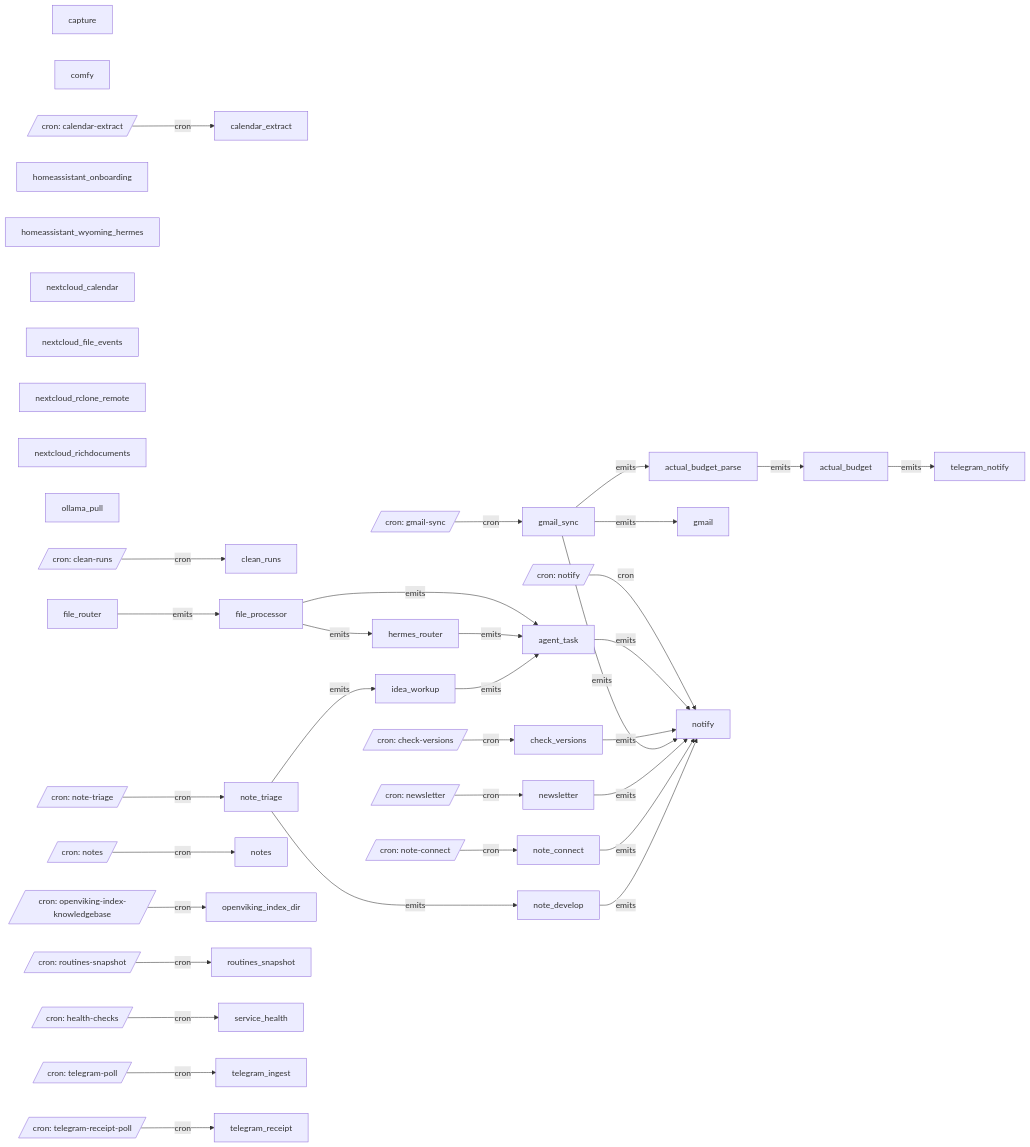
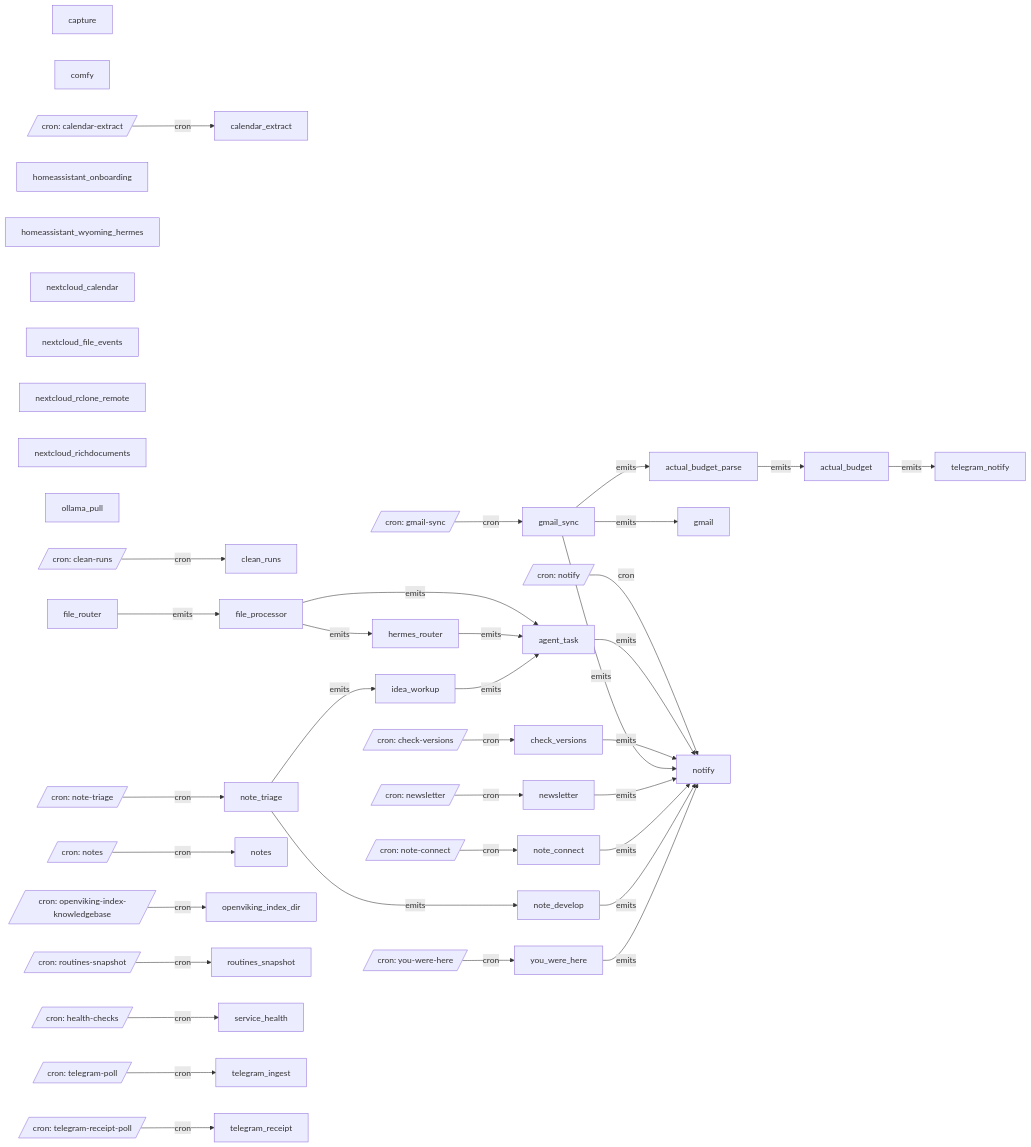
The diagram in automation/graph/system.md (jtmckay/existential), drawn with Mermaid before and after one commit. The commit also changed other lines of this file and 19 other files, not shown here.

First line of the commit message:
"You were here": a digest that brings back what you already decided (011-you-were-here.md)

````diff
--- a/automation/graph/system.md
+++ b/automation/graph/system.md
@@ -71,6 +72,7 @@
     telegram_ingest["telegram_ingest"]
     telegram_notify["telegram_notify"]
     telegram_receipt["telegram_receipt"]
+    you_were_here["you_were_here"]
     cron__calendar_extract[/"cron: calendar-extract"/]
     cron__check_versions[/"cron: check-versions"/]
     cron__clean_runs[/"cron: clean-runs"/]
@@ -85,6 +87,7 @@
     cron__routines_snapshot[/"cron: routines-snapshot"/]
     cron__telegram_poll[/"cron: telegram-poll"/]
     cron__telegram_receipt_poll[/"cron: telegram-receipt-poll"/]
+    cron__you_were_here[/"cron: you-were-here"/]
     cron__calendar_extract -->|cron| calendar_extract
     cron__check_versions -->|cron| check_versions
     cron__clean_runs -->|cron| clean_runs
@@ -99,6 +102,7 @@
     cron__routines_snapshot -->|cron| routines_snapshot
     cron__telegram_poll -->|cron| telegram_ingest
     cron__telegram_receipt_poll -->|cron| telegram_receipt
+    cron__you_were_here -->|cron| you_were_here
     actual_budget -->|emits| telegram_notify
     actual_budget_parse -->|emits| actual_budget
     agent_task -->|emits| notify
@@ -116,4 +120,5 @@
     note_develop -->|emits| notify
     note_triage -->|emits| idea_workup
     note_triage -->|emits| note_develop
+    you_were_here -->|emits| notify
 ```
````
